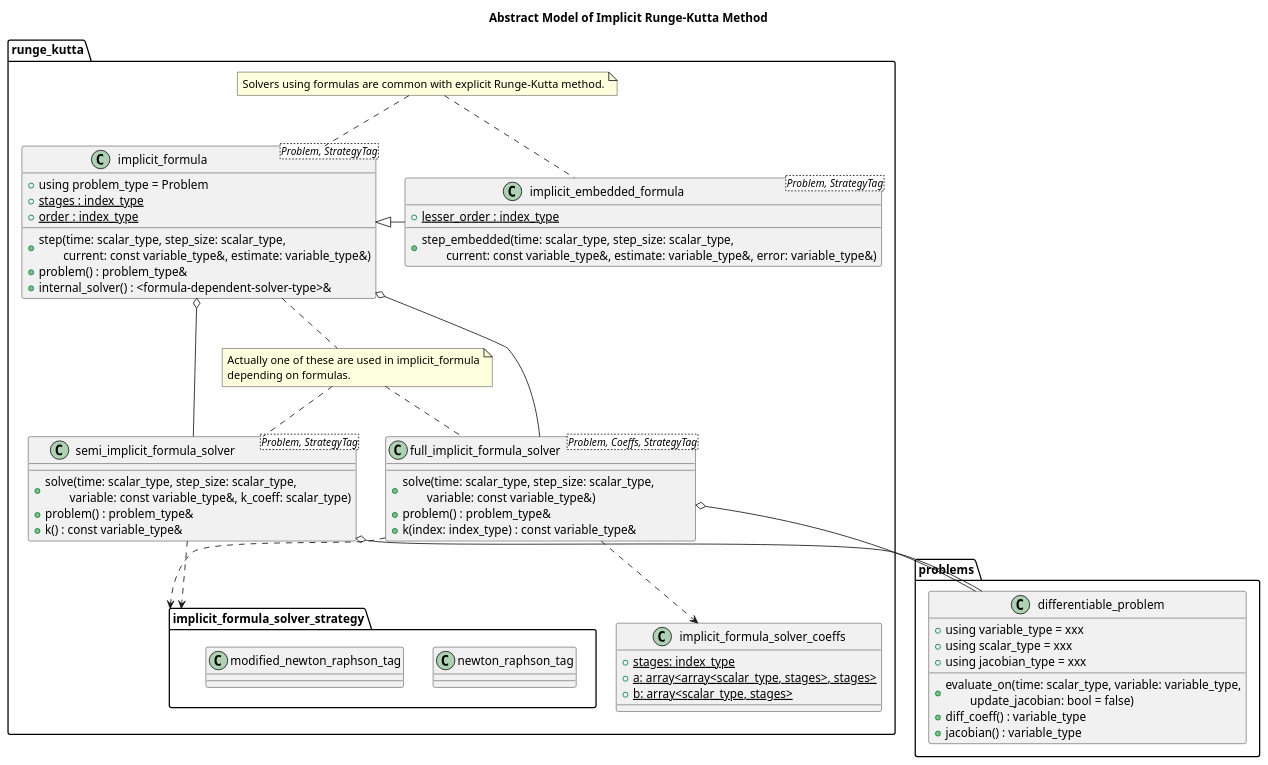
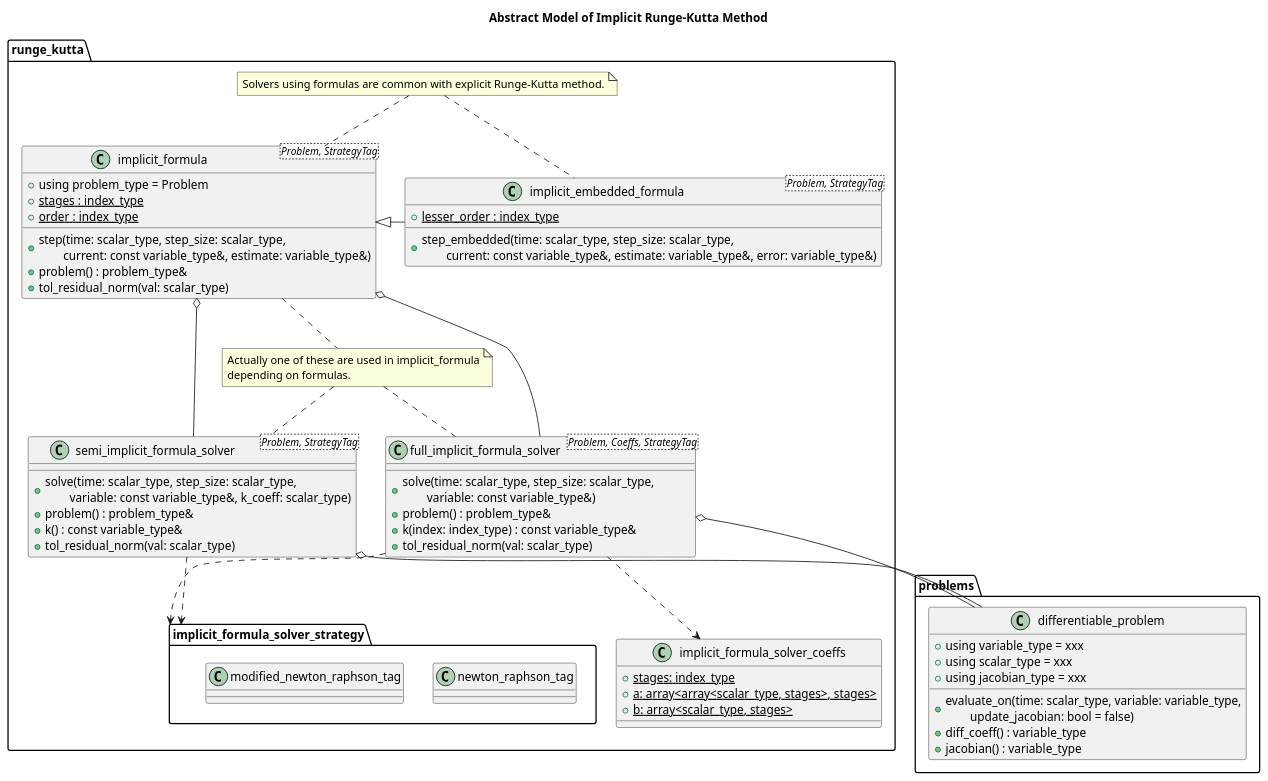
Before and after one commit to MusicScience37/numerical-collection-cpp: the second of 2 diagrams in doc/sphinx/src/basic_design/ode.rst, drawn with PlantUML.

Commit message:
doc: add tolerance of residual to model

```diff
--- a/doc/sphinx/src/basic_design/ode.rst
+++ b/doc/sphinx/src/basic_design/ode.rst
@@ -67,75 +67,77 @@
 .. uml::
 
     title Abstract Model of Implicit Runge-Kutta Method
 
     package problems {
         class differentiable_problem {
             + using variable_type = xxx
             + using scalar_type = xxx
             + using jacobian_type = xxx
             + evaluate_on(time: scalar_type, variable: variable_type,\n\tupdate_jacobian: bool = false)
             + diff_coeff() : variable_type
             + jacobian() : variable_type
         }
     }
 
     package runge_kutta {
         package implicit_formula_solver_strategy {
             class newton_raphson_tag
             class modified_newton_raphson_tag
         }
 
         class semi_implicit_formula_solver<Problem, StrategyTag> {
             + solve(time: scalar_type, step_size: scalar_type,\n\tvariable: const variable_type&, k_coeff: scalar_type)
             + problem() : problem_type&
             + k() : const variable_type&
+            + tol_residual_norm(val: scalar_type)
         }
         semi_implicit_formula_solver o-- differentiable_problem
         semi_implicit_formula_solver ..> implicit_formula_solver_strategy
 
         class implicit_formula_solver_coeffs {
             {static} + stages: index_type
             {static} + a: array<array<scalar_type, stages>, stages>
             {static} + b: array<scalar_type, stages>
         }
 
         class full_implicit_formula_solver<Problem, Coeffs, StrategyTag> {
             + solve(time: scalar_type, step_size: scalar_type,\n\tvariable: const variable_type&)
             + problem() : problem_type&
             + k(index: index_type) : const variable_type&
+            + tol_residual_norm(val: scalar_type)
         }
         full_implicit_formula_solver o-- differentiable_problem
         full_implicit_formula_solver ..> implicit_formula_solver_coeffs
         full_implicit_formula_solver ..> implicit_formula_solver_strategy
 
         class implicit_formula<Problem, StrategyTag> {
             + using problem_type = Problem
             {static} + stages : index_type
             {static} + order : index_type
             + step(time: scalar_type, step_size: scalar_type,\n\tcurrent: const variable_type&, estimate: variable_type&)
             + problem() : problem_type&
-            + internal_solver() : <formula-dependent-solver-type>&
+            + tol_residual_norm(val: scalar_type)
         }
         implicit_formula o-- semi_implicit_formula_solver
         implicit_formula o-- full_implicit_formula_solver
 
         class implicit_embedded_formula<Problem, StrategyTag> {
             {static} + lesser_order : index_type
             + step_embedded(time: scalar_type, step_size: scalar_type,\n\tcurrent: const variable_type&, estimate: variable_type&, error: variable_type&)
         }
         implicit_formula <|- implicit_embedded_formula
 
         note as implicit_solver_note
             Solvers using formulas are common with explicit Runge-Kutta method.
         end note
         implicit_solver_note .. implicit_formula
         implicit_solver_note .. implicit_embedded_formula
 
         note as implicit_formula_solver_selection_note
             Actually one of these are used in implicit_formula
             depending on formulas.
         end note
         implicit_formula_solver_selection_note .. semi_implicit_formula_solver
         implicit_formula_solver_selection_note .. full_implicit_formula_solver
         implicit_formula_solver_selection_note .up. implicit_formula
     }
```
